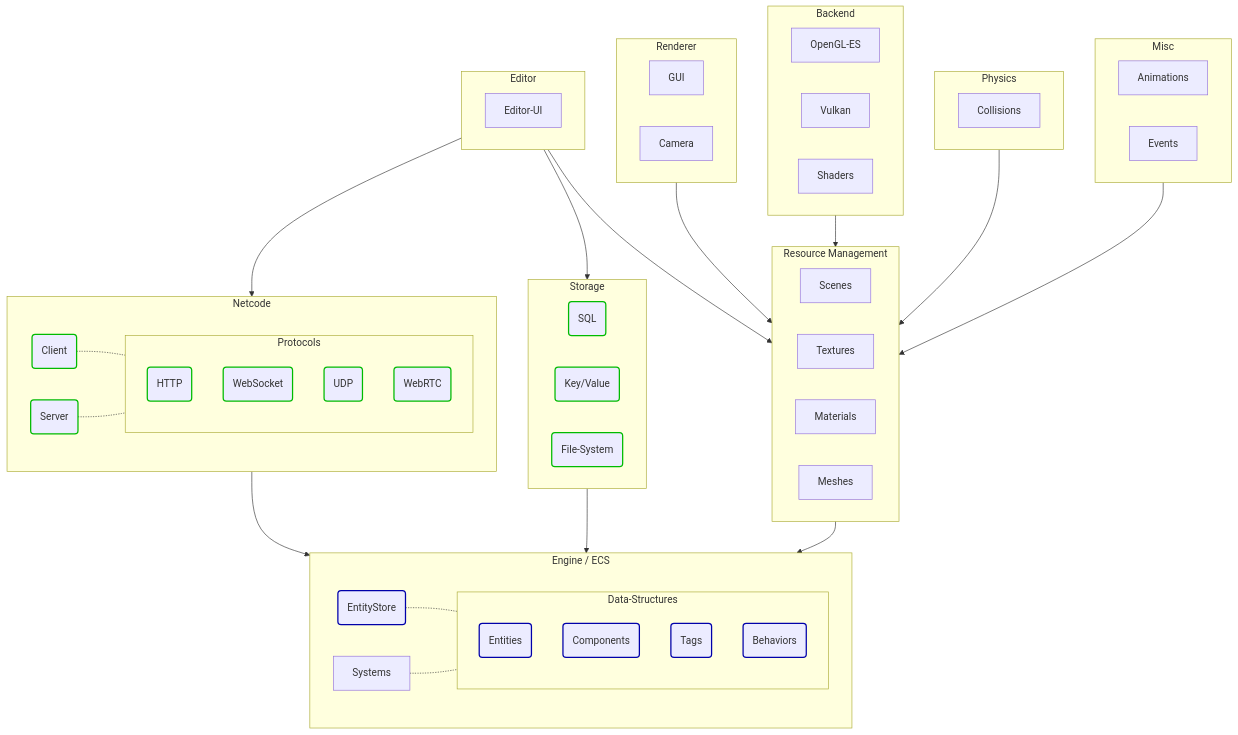
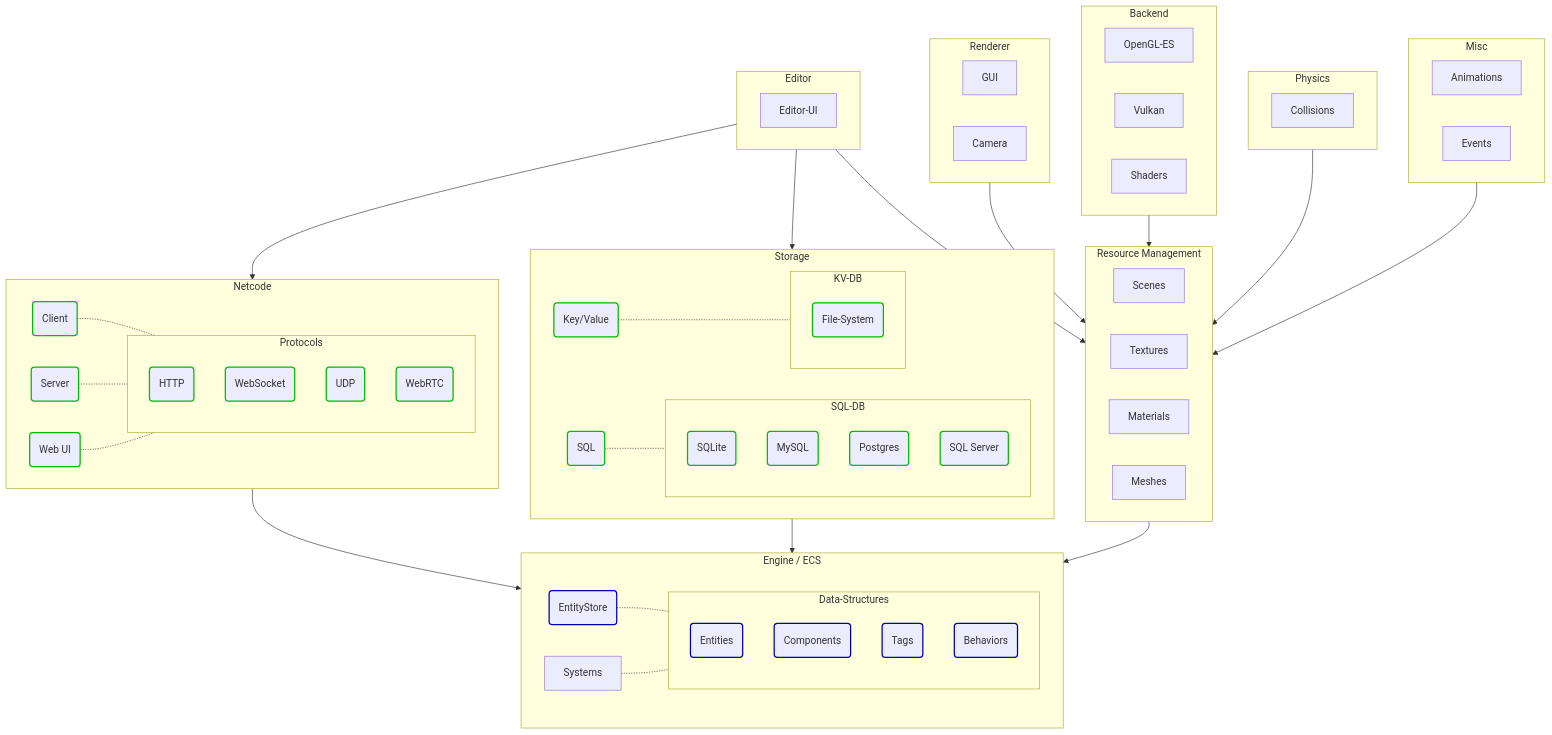
One commit to friflo/Friflo.Json.Fliox changed the first of 2 diagrams in Engine/README.md. Above: the diagram before and after it, drawn with Mermaid.

Commit message:
Engine - update architecture diagram

```diff
--- a/Engine/README.md
+++ b/Engine/README.md
@@ -63,6 +63,7 @@
     subgraph Netcode;
         Client(Client):::finished
         Server(Server):::finished
+        WebUI(Web UI):::finished
 
         subgraph Protocols;
             direction TB;
@@ -74,6 +75,7 @@
 
         Client -.- Protocols
         Server -.- Protocols
+        WebUI  -.- Protocols
     end
 
 
@@ -81,7 +83,24 @@
     subgraph Storage;
         SQL(SQL):::finished
         Key/Value(Key/Value):::finished
-        File-System(File-System):::finished
+
+
+        subgraph SQL-DB;
+            direction TB;
+            SQLite(SQLite):::finished
+            MySQL(MySQL):::finished
+            Postgres(Postgres):::finished
+            SQL-Server(SQL Server):::finished
+        end
+
+        SQL         -.- SQL-DB
+        Key/Value   -.- KV-DB
+
+        subgraph KV-DB;
+            direction TB;
+            File-System(File-System):::finished
+        end
+
     end
 
 
```
